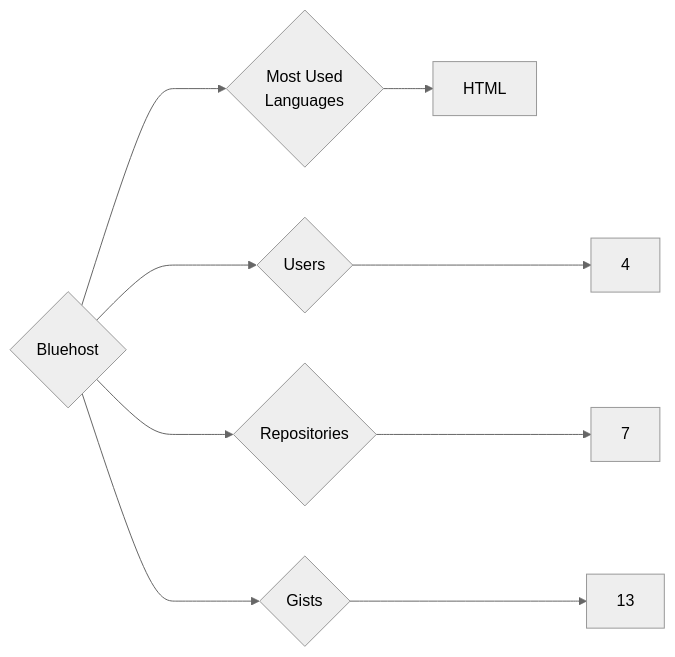
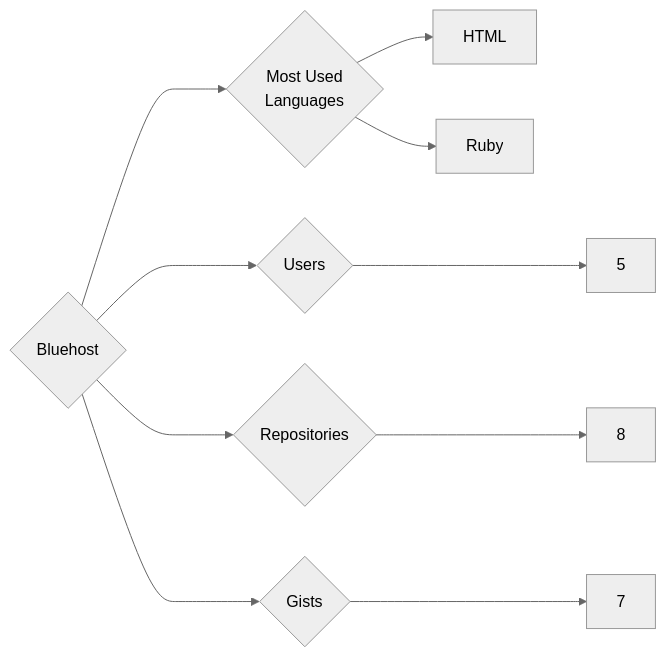
One commit to trickest/insiders changed the diagram in targets/Bluehost/README.md. Above: the diagram before and after it, drawn with Mermaid (neutral theme). The commit also changed 859 other files, not shown here.

````diff
--- a/targets/Bluehost/README.md
+++ b/targets/Bluehost/README.md
@@ -3,9 +3,10 @@
 ```mermaid
 graph LR
 COMPANY_NAME{Bluehost}
-COMPANY_NAME ---> U{Users} ---> UN[4]
-COMPANY_NAME ---> R{Repositories} ---> RN[7]
-COMPANY_NAME ---> G{Gists} ---> GN[13]
+COMPANY_NAME ---> U{Users} ---> UN[5]
+COMPANY_NAME ---> R{Repositories} ---> RN[8]
+COMPANY_NAME ---> G{Gists} ---> GN[7]
 COMPANY_NAME ---> ML{Most Used<br>Languages}
 ML --> HTML[HTML]
+ML --> Ruby[Ruby]
 ```
````
